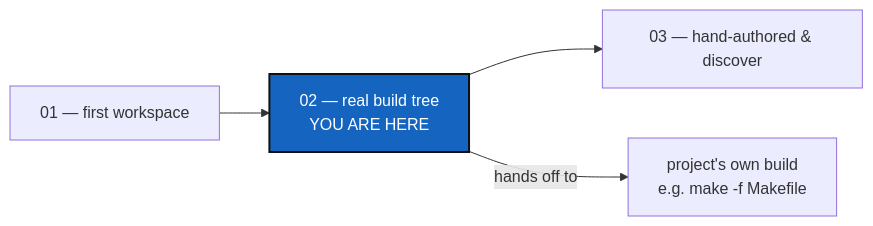
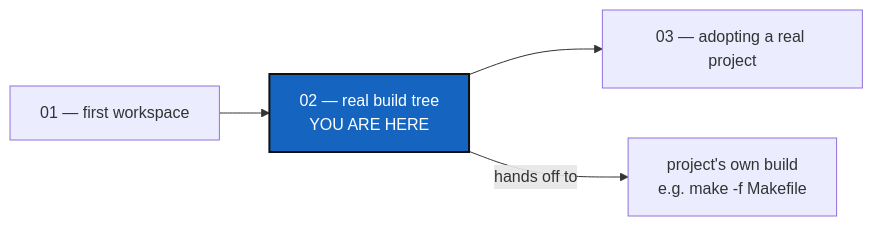
The diagram in tutorials/02_onboarding_a_real_build_tree.md (flipoyo/ComplexGitSync), drawn with Mermaid before and after one commit. The commit also changed other lines of this file and 17 other files, not shown here.

Commit message:
cgitsync2.26: update tutorial3 --> start from an existing real world project

````diff
--- a/tutorials/02_onboarding_a_real_build_tree.md
+++ b/tutorials/02_onboarding_a_real_build_tree.md
@@ -30,9 +30,9 @@
 ```mermaid
 graph LR
     T1["01 — first workspace"] --> T2["02 — real build tree<br/>YOU ARE HERE"]
-    T2 --> T3["03 — hand-authored & discover"]
+    T2 --> T3["03 — adopting a real project"]
     T2 -->|hands off to| BUILD["project's own build<br/>e.g. make -f Makefile"]
 
     classDef here fill:#1565C0,color:#fff,stroke:#111,stroke-width:2px;
     class T2 here;
 ```
````
